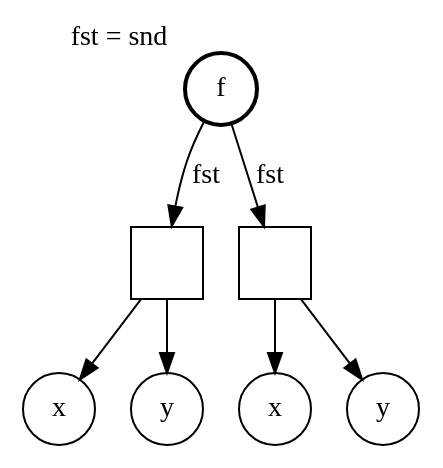
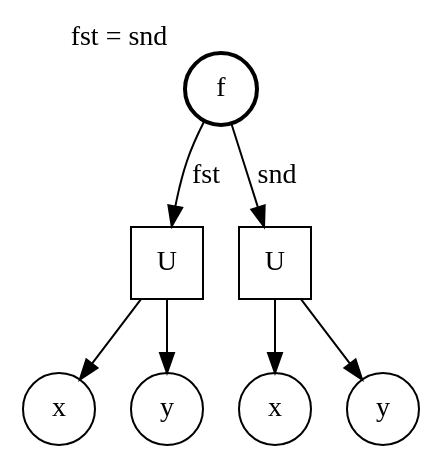
One commit to ejconlon/tang changed the diagram in tang/dot/fxxyy.dot. Above: the diagram before and after it, drawn with Graphviz. The commit also changed 3 other files, not shown here.

```diff
--- a/tang/dot/fxxyy.dot
+++ b/tang/dot/fxxyy.dot
@@ -1,15 +1,15 @@
 digraph g {
   0 [forcelabels="true" label="x" xlabel="" shape="circle"]
   1 [forcelabels="true" label="y" xlabel="" shape="circle"]
-  2 [forcelabels="true" label="" shape="square"]
+  2 [forcelabels="true" label="U" shape="square"]
   3 [forcelabels="true" label="x" xlabel="" shape="circle"]
   4 [forcelabels="true" label="y" xlabel="" shape="circle"]
-  5 [forcelabels="true" label="" shape="square"]
+  5 [forcelabels="true" label="U" shape="square"]
   6 [forcelabels="true" label="f" xlabel="fst = snd" shape="circle" style="bold"]
   2 -> 0
   2 -> 1
   5 -> 3
   5 -> 4
   6 -> 2 [label="fst" ]
-  6 -> 5 [label="fst" ]
+  6 -> 5 [label="snd" ]
 }
```
